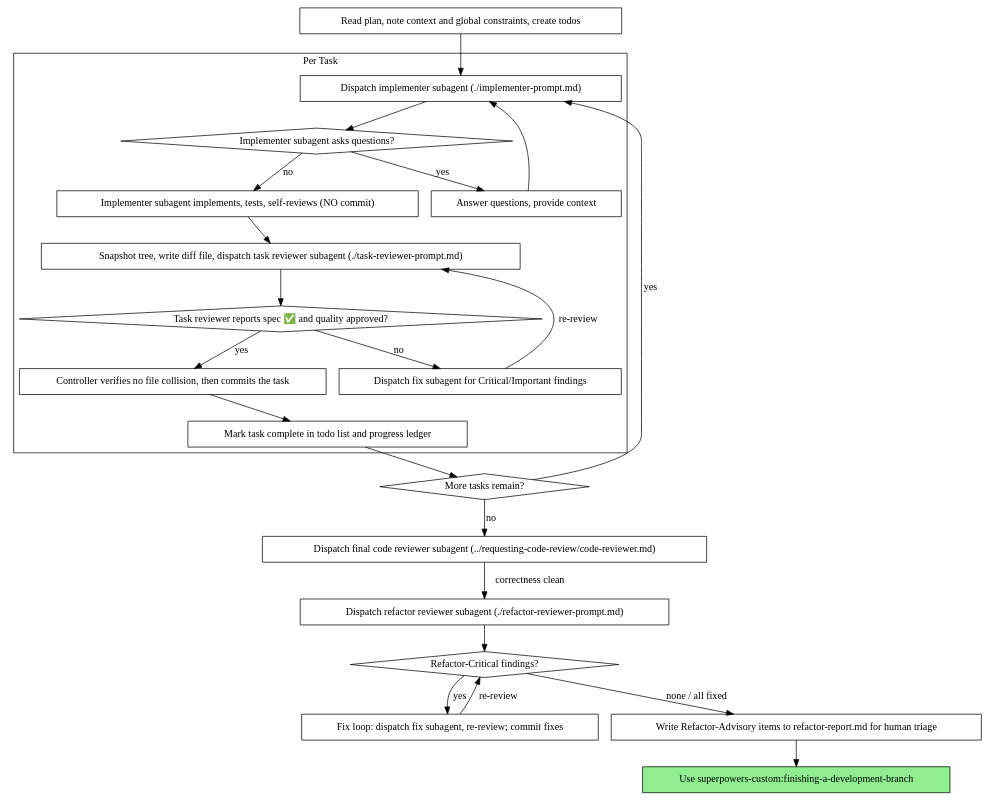
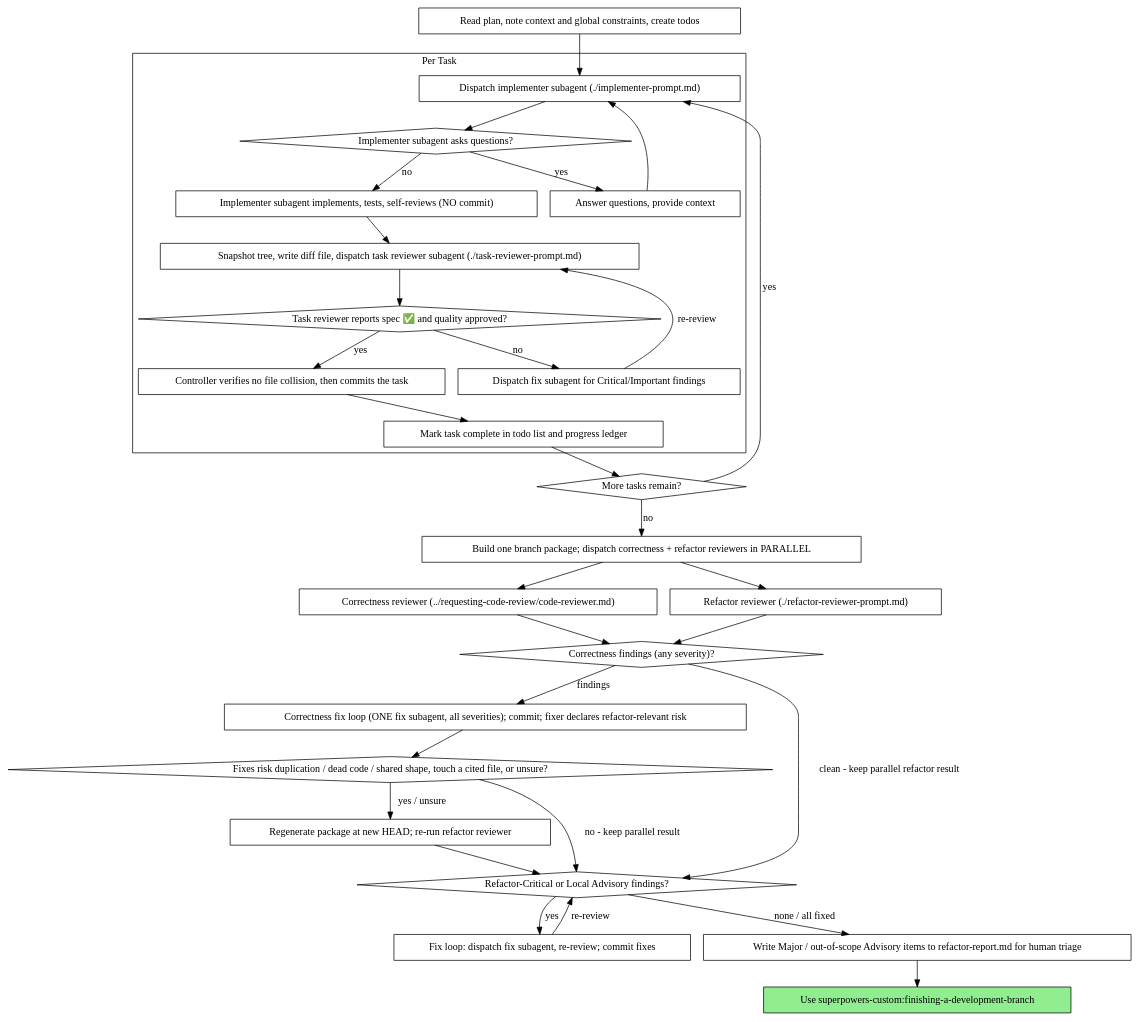
One commit to stanlrt/cc-superpowers-parallelised changed the second of 2 diagrams in skills/subagent-driven-development/SKILL.md. Above: the diagram before and after it, drawn with Graphviz. The commit also changed other lines of this file and 18 other files, not shown here.

````diff
--- a/skills/subagent-driven-development/SKILL.md
+++ b/skills/subagent-driven-development/SKILL.md
@@ -63,48 +63,61 @@
 ```dot
 digraph process {
     rankdir=TB;
 
     subgraph cluster_per_task {
         label="Per Task";
         "Dispatch implementer subagent (./implementer-prompt.md)" [shape=box];
         "Implementer subagent asks questions?" [shape=diamond];
         "Answer questions, provide context" [shape=box];
         "Implementer subagent implements, tests, self-reviews (NO commit)" [shape=box];
         "Snapshot tree, write diff file, dispatch task reviewer subagent (./task-reviewer-prompt.md)" [shape=box];
         "Task reviewer reports spec ✅ and quality approved?" [shape=diamond];
         "Dispatch fix subagent for Critical/Important findings" [shape=box];
         "Controller verifies no file collision, then commits the task" [shape=box];
         "Mark task complete in todo list and progress ledger" [shape=box];
     }
 
     "Read plan, note context and global constraints, create todos" [shape=box];
     "More tasks remain?" [shape=diamond];
-    "Dispatch final code reviewer subagent (../requesting-code-review/code-reviewer.md)" [shape=box];
-    "Dispatch refactor reviewer subagent (./refactor-reviewer-prompt.md)" [shape=box];
-    "Refactor-Critical findings?" [shape=diamond];
+    "Build one branch package; dispatch correctness + refactor reviewers in PARALLEL" [shape=box];
+    "Correctness reviewer (../requesting-code-review/code-reviewer.md)" [shape=box];
+    "Refactor reviewer (./refactor-reviewer-prompt.md)" [shape=box];
+    "Correctness findings (any severity)?" [shape=diamond];
+    "Correctness fix loop (ONE fix subagent, all severities); commit; fixer declares refactor-relevant risk" [shape=box];
+    "Fixes risk duplication / dead code / shared shape, touch a cited file, or unsure?" [shape=diamond];
+    "Regenerate package at new HEAD; re-run refactor reviewer" [shape=box];
+    "Refactor-Critical or Local Advisory findings?" [shape=diamond];
     "Fix loop: dispatch fix subagent, re-review; commit fixes" [shape=box];
-    "Write Refactor-Advisory items to refactor-report.md for human triage" [shape=box];
+    "Write Major / out-of-scope Advisory items to refactor-report.md for human triage" [shape=box];
     "Use superpowers-custom:finishing-a-development-branch" [shape=box style=filled fillcolor=lightgreen];
 
     "Read plan, note context and global constraints, create todos" -> "Dispatch implementer subagent (./implementer-prompt.md)";
     "Dispatch implementer subagent (./implementer-prompt.md)" -> "Implementer subagent asks questions?";
     "Implementer subagent asks questions?" -> "Answer questions, provide context" [label="yes"];
     "Answer questions, provide context" -> "Dispatch implementer subagent (./implementer-prompt.md)";
     "Implementer subagent asks questions?" -> "Implementer subagent implements, tests, self-reviews (NO commit)" [label="no"];
     "Implementer subagent implements, tests, self-reviews (NO commit)" -> "Snapshot tree, write diff file, dispatch task reviewer subagent (./task-reviewer-prompt.md)";
     "Snapshot tree, write diff file, dispatch task reviewer subagent (./task-reviewer-prompt.md)" -> "Task reviewer reports spec ✅ and quality approved?";
     "Task reviewer reports spec ✅ and quality approved?" -> "Dispatch fix subagent for Critical/Important findings" [label="no"];
     "Dispatch fix subagent for Critical/Important findings" -> "Snapshot tree, write diff file, dispatch task reviewer subagent (./task-reviewer-prompt.md)" [label="re-review"];
     "Task reviewer reports spec ✅ and quality approved?" -> "Controller verifies no file collision, then commits the task" [label="yes"];
     "Controller verifies no file collision, then commits the task" -> "Mark task complete in todo list and progress ledger";
     "Mark task complete in todo list and progress ledger" -> "More tasks remain?";
     "More tasks remain?" -> "Dispatch implementer subagent (./implementer-prompt.md)" [label="yes"];
-    "More tasks remain?" -> "Dispatch final code reviewer subagent (../requesting-code-review/code-reviewer.md)" [label="no"];
-    "Dispatch final code reviewer subagent (../requesting-code-review/code-reviewer.md)" -> "Dispatch refactor reviewer subagent (./refactor-reviewer-prompt.md)" [label="correctness clean"];
-    "Dispatch refactor reviewer subagent (./refactor-reviewer-prompt.md)" -> "Refactor-Critical findings?";
-    "Refactor-Critical findings?" -> "Fix loop: dispatch fix subagent, re-review; commit fixes" [label="yes"];
-    "Fix loop: dispatch fix subagent, re-review; commit fixes" -> "Refactor-Critical findings?" [label="re-review"];
-    "Refactor-Critical findings?" -> "Write Refactor-Advisory items to refactor-report.md for human triage" [label="none / all fixed"];
-    "Write Refactor-Advisory items to refactor-report.md for human triage" -> "Use superpowers-custom:finishing-a-development-branch";
+    "More tasks remain?" -> "Build one branch package; dispatch correctness + refactor reviewers in PARALLEL" [label="no"];
+    "Build one branch package; dispatch correctness + refactor reviewers in PARALLEL" -> "Correctness reviewer (../requesting-code-review/code-reviewer.md)";
+    "Build one branch package; dispatch correctness + refactor reviewers in PARALLEL" -> "Refactor reviewer (./refactor-reviewer-prompt.md)";
+    "Correctness reviewer (../requesting-code-review/code-reviewer.md)" -> "Correctness findings (any severity)?";
+    "Refactor reviewer (./refactor-reviewer-prompt.md)" -> "Correctness findings (any severity)?";
+    "Correctness findings (any severity)?" -> "Refactor-Critical or Local Advisory findings?" [label="clean - keep parallel refactor result"];
+    "Correctness findings (any severity)?" -> "Correctness fix loop (ONE fix subagent, all severities); commit; fixer declares refactor-relevant risk" [label="findings"];
+    "Correctness fix loop (ONE fix subagent, all severities); commit; fixer declares refactor-relevant risk" -> "Fixes risk duplication / dead code / shared shape, touch a cited file, or unsure?";
+    "Fixes risk duplication / dead code / shared shape, touch a cited file, or unsure?" -> "Refactor-Critical or Local Advisory findings?" [label="no - keep parallel result"];
+    "Fixes risk duplication / dead code / shared shape, touch a cited file, or unsure?" -> "Regenerate package at new HEAD; re-run refactor reviewer" [label="yes / unsure"];
+    "Regenerate package at new HEAD; re-run refactor reviewer" -> "Refactor-Critical or Local Advisory findings?";
+    "Refactor-Critical or Local Advisory findings?" -> "Fix loop: dispatch fix subagent, re-review; commit fixes" [label="yes"];
+    "Fix loop: dispatch fix subagent, re-review; commit fixes" -> "Refactor-Critical or Local Advisory findings?" [label="re-review"];
+    "Refactor-Critical or Local Advisory findings?" -> "Write Major / out-of-scope Advisory items to refactor-report.md for human triage" [label="none / all fixed"];
+    "Write Major / out-of-scope Advisory items to refactor-report.md for human triage" -> "Use superpowers-custom:finishing-a-development-branch";
 }
 ```
````
